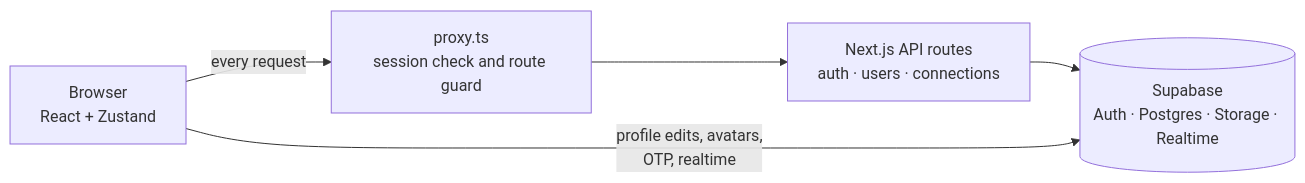
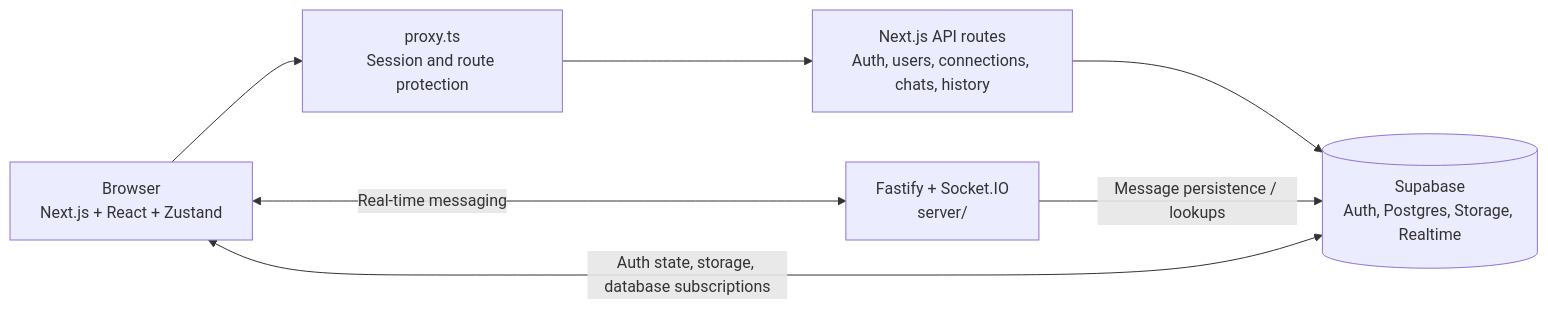
Before and after one commit to AdityaSingh-18/webchat: the diagram in README.md, drawn with Mermaid. The commit also changed other lines of this file and 6 other files, not shown here.

````diff
--- a/README.md
+++ b/README.md
@@ -184,7 +241,15 @@
 ```mermaid
 flowchart LR
-    B["Browser<br/>React + Zustand"] -->|every request| P["proxy.ts<br/>session check and route guard"]
-    P --> A["Next.js API routes<br/>auth · users · connections"]
-    A --> S[("Supabase<br/>Auth · Postgres · Storage · Realtime")]
-    B -->|"profile edits, avatars,<br/>OTP, realtime"| S
+    B["Browser<br/>Next.js + React + Zustand"]
+    P["proxy.ts<br/>Session and route protection"]
+    A["Next.js API routes<br/>Auth, users, connections, chats, history"]
+    W["Fastify + Socket.IO<br/>server/"]
+    S[("Supabase<br/>Auth, Postgres, Storage, Realtime")]
+
+    B --> P
+    P --> A
+    A --> S
+    B <-->|"Real-time messaging"| W
+    W -->|"Message persistence / lookups"| S
+    B <-->|"Auth state, storage, database subscriptions"| S
 ```
````
